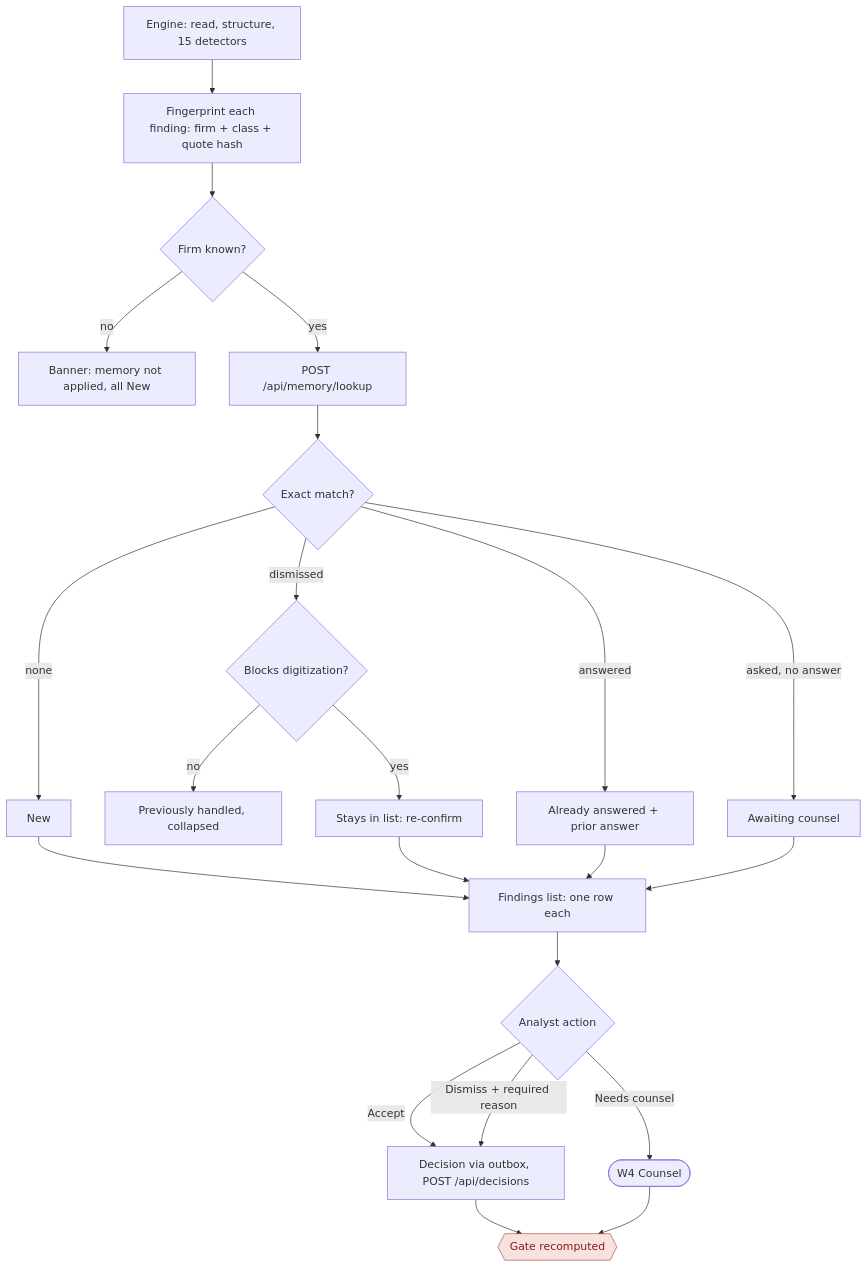
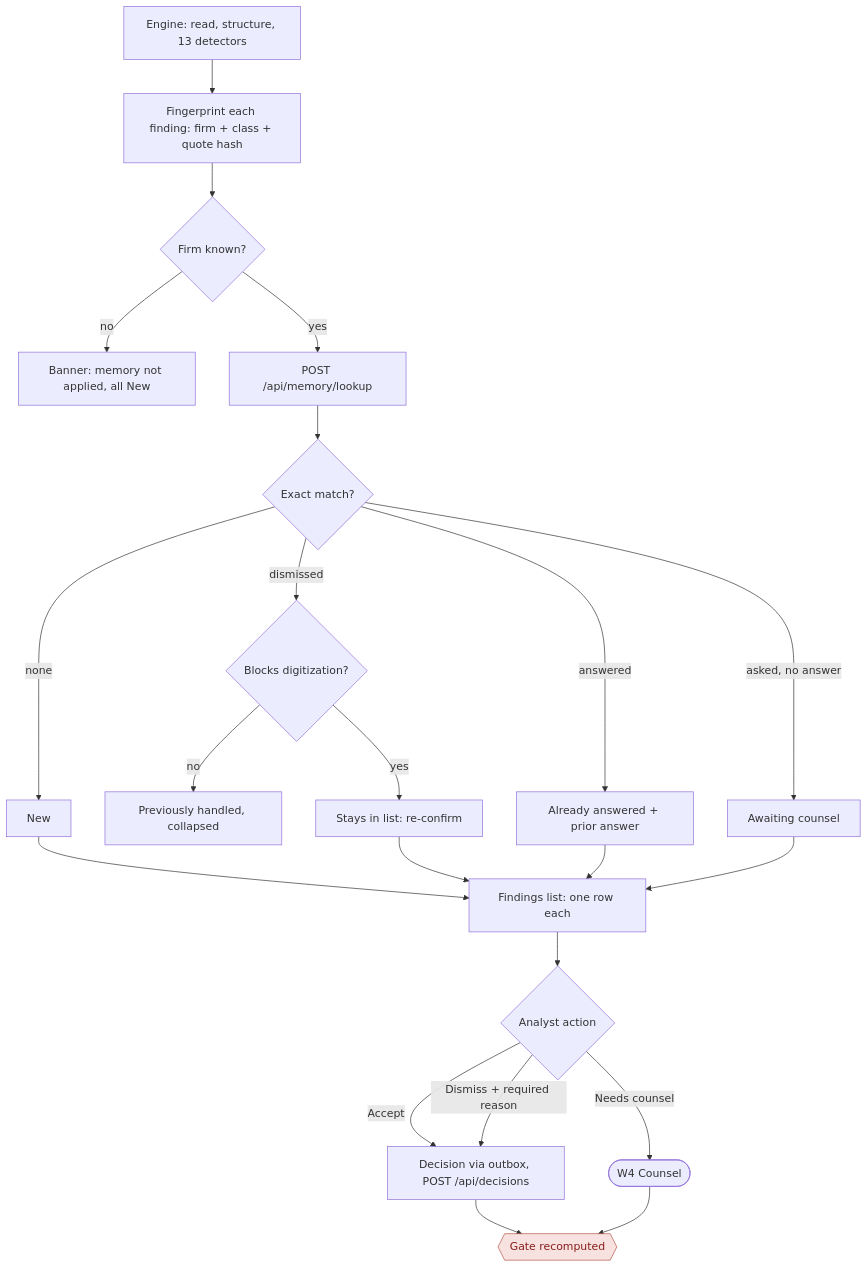
Before and after one commit to itsjiathao0912/preflight-legal-reviewer-anduin-transaction: the third of 9 diagrams in docs/architecture/workflows.md, drawn with Mermaid. The commit also changed other lines of this file and 12 other files, not shown here.

Commit message:
docs: Fund Package Intake live (3d2c7301) — README, architecture, walkthrough, samples

````diff
--- a/docs/architecture/workflows.md
+++ b/docs/architecture/workflows.md
@@ -104,26 +131,26 @@
 ```mermaid
 flowchart TD
-  E["Engine: read, structure, 15 detectors"] --> FP["Fingerprint each finding: firm + class + quote hash"]
+  E["Engine: read, structure, 13 detectors"] --> FP["Fingerprint each finding: firm + class + quote hash"]
   FP --> FM{"Firm known?"}
   FM -- "no" --> NB["Banner: memory not applied, all New"]
   FM -- "yes" --> LK["POST /api/memory/lookup"]
   LK --> LB{"Exact match?"}
   LB -- "none" --> N["New"]
   LB -- "dismissed" --> BL{"Blocks digitization?"}
   BL -- "no" --> PH["Previously handled, collapsed"]
   BL -- "yes" --> RC["Stays in list: re-confirm"]
   LB -- "answered" --> AA["Already answered + prior answer"]
   LB -- "asked, no answer" --> AW["Awaiting counsel"]
   N --> T["Findings list: one row each"]
   RC --> T
   AA --> T
   AW --> T
   T --> ACT{"Analyst action"}
   ACT -- "Accept" --> D["Decision via outbox, POST /api/decisions"]
   ACT -- "Dismiss + required reason" --> D
   ACT -- "Needs counsel" --> W4(["W4 Counsel"])
   D --> G{{"Gate recomputed"}}
   W4 --> G
   classDef gate fill:#F7E2DF,stroke:#B5554A,color:#8A1C1C
   class G gate
 ```
````
